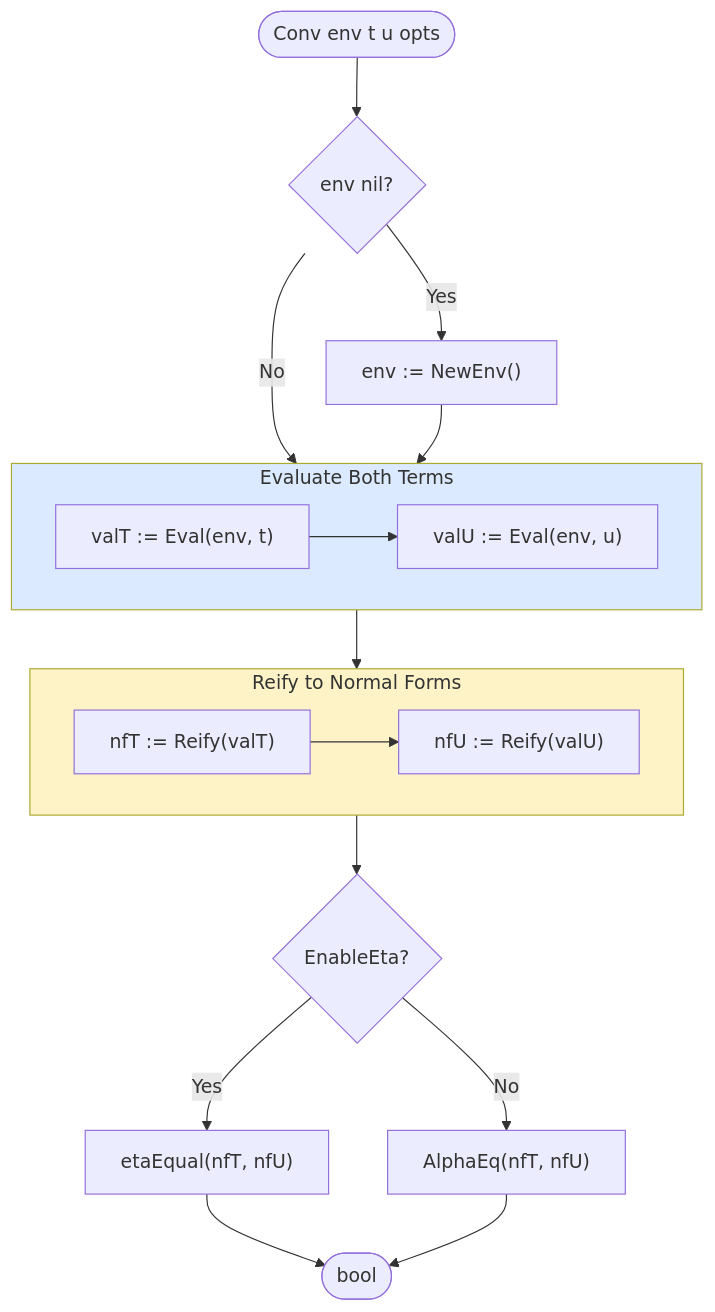
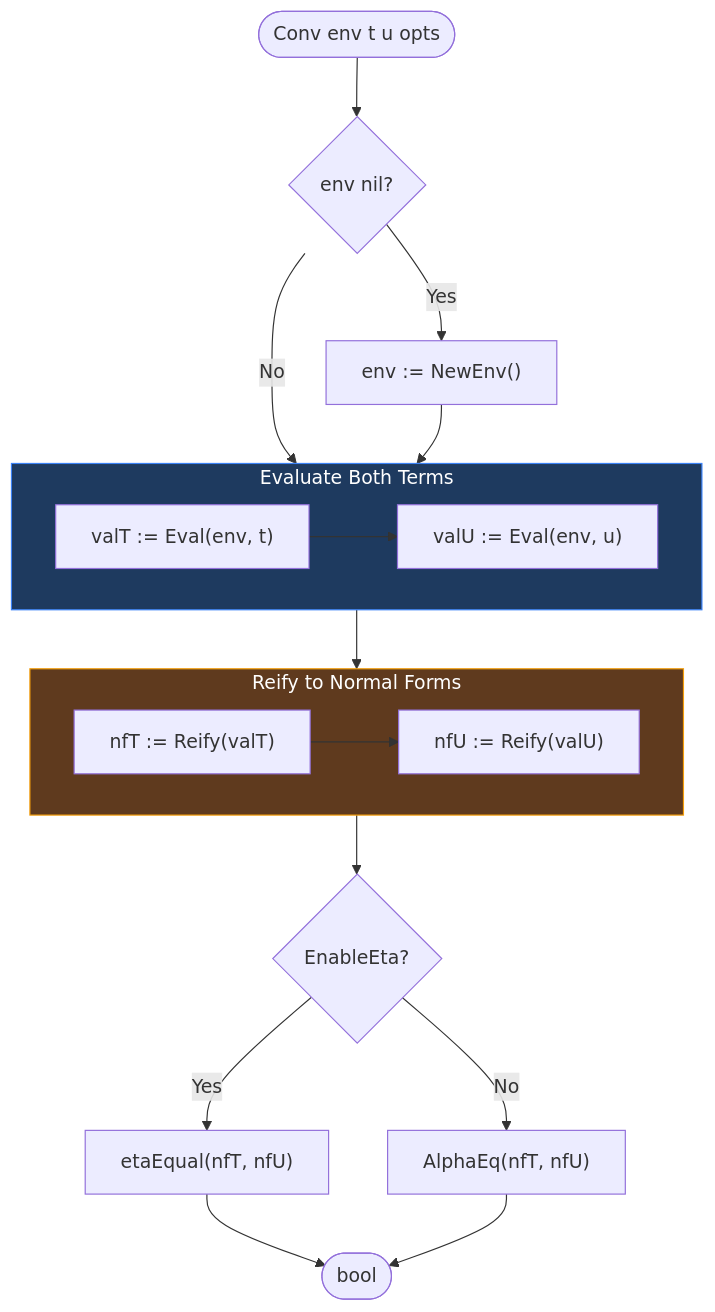
Before and after one commit to watchthelight/HypergraphGo: diagram 17 of 23 in DIAGRAMS.md, drawn with Mermaid. The commit also changed other lines of this file, not shown here.

First line of the commit message:
docs(diagrams): add master architecture diagram with dark theme

````diff
--- a/DIAGRAMS.md
+++ b/DIAGRAMS.md
@@ -709,32 +1164,32 @@
 ```mermaid
 flowchart TB
     Start([Conv env t u opts]) --> EnvCheck{env nil?}
     EnvCheck -->|Yes| CreateEnv["env := NewEnv()"]
     EnvCheck -->|No| EvalBoth
     CreateEnv --> EvalBoth
 
     subgraph EvalBoth["Evaluate Both Terms"]
         E1["valT := Eval(env, t)"]
         E2["valU := Eval(env, u)"]
         E1 --> E2
     end
 
     EvalBoth --> Reify
 
     subgraph Reify["Reify to Normal Forms"]
         R1["nfT := Reify(valT)"]
         R2["nfU := Reify(valU)"]
         R1 --> R2
     end
 
     Reify --> EtaCheck{EnableEta?}
 
     EtaCheck -->|Yes| EtaEqual["etaEqual(nfT, nfU)"]
     EtaCheck -->|No| AlphaEq["AlphaEq(nfT, nfU)"]
 
     EtaEqual --> Result([bool])
     AlphaEq --> Result
 
-    style EvalBoth fill:#dbeafe
-    style Reify fill:#fef3c7
+    style EvalBoth fill:#1e3a5f,stroke:#3b82f6,color:#fff
+    style Reify fill:#5f3a1e,stroke:#f59e0b,color:#fff
 ```
````
